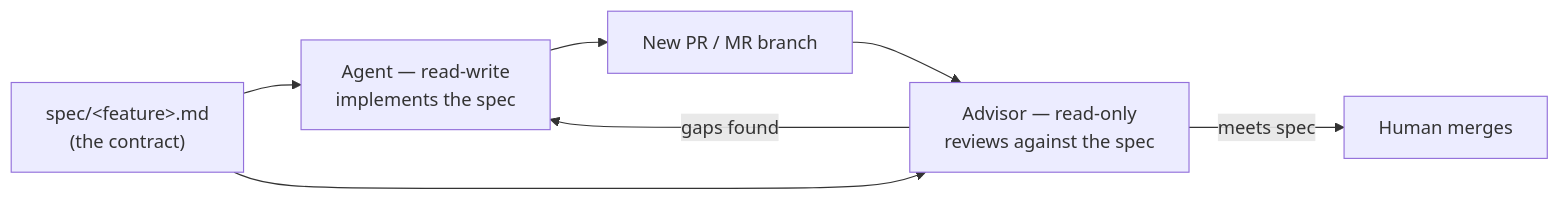
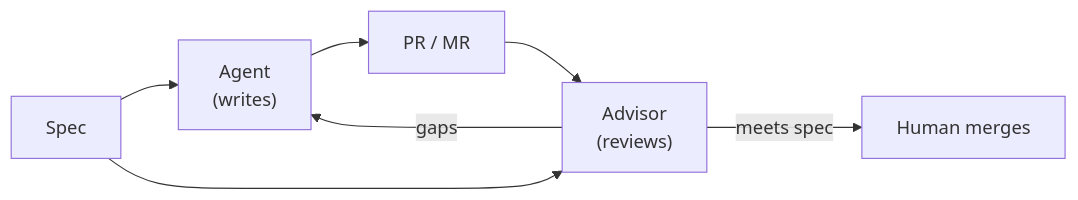
The first of 3 diagrams in docs/spec-driven.md (bigg01/claude-ci-agent), drawn with Mermaid before and after one commit. The commit also changed other lines of this file and 42 other files, not shown here.

````diff
--- a/docs/spec-driven.md
+++ b/docs/spec-driven.md
@@ -12,11 +12,11 @@
 ```mermaid
 flowchart LR
-  S["spec/&lt;feature&gt;.md<br/>(the contract)"]
-  A["Agent — read-write<br/>implements the spec"]
-  R["Advisor — read-only<br/>reviews against the spec"]
-  M["New PR / MR branch"]
+  S["Spec"]
+  A["Agent<br/>(writes)"]
+  R["Advisor<br/>(reviews)"]
+  M["PR / MR"]
   S --> A --> M --> R
   S --> R
-  R -->|"gaps found"| A
-  R -->|"meets spec"| H["Human merges"]
+  R -->|gaps| A
+  R -->|meets spec| H["Human merges"]
 ```
````
